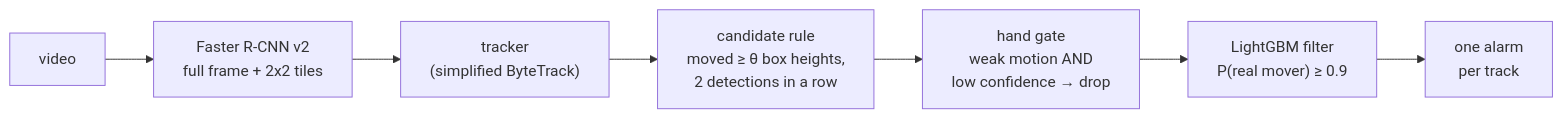
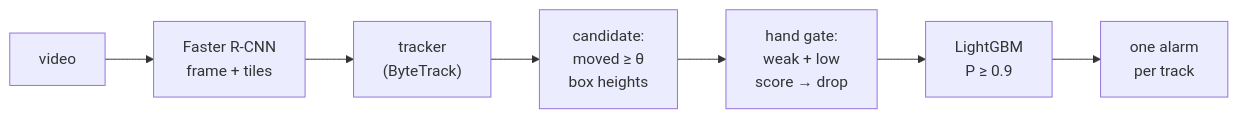
One commit to 0fmate/malto-who-moves changed the diagram in README.md. Above: the diagram before and after it, drawn with Mermaid.

Commit message:
Shorten the diagram labels so none is truncated on GitHub

````diff
--- a/README.md
+++ b/README.md
@@ -30,9 +30,9 @@
 ```mermaid
 flowchart LR
-    V[video] --> D["Faster R-CNN v2<br/>full frame + 2x2 tiles"]
-    D --> T["tracker<br/>(simplified ByteTrack)"]
-    T --> C["candidate rule<br/>moved ≥ θ box heights,<br/>2 detections in a row"]
-    C --> G["hand gate<br/>weak motion AND<br/>low confidence → drop"]
-    G --> M["LightGBM filter<br/>P(real mover) ≥ 0.9"]
+    V[video] --> D["Faster R-CNN<br/>frame + tiles"]
+    D --> T["tracker<br/>(ByteTrack)"]
+    T --> C["candidate:<br/>moved ≥ θ<br/>box heights"]
+    C --> G["hand gate:<br/>weak + low<br/>score → drop"]
+    G --> M["LightGBM<br/>P ≥ 0.9"]
     M --> A["one alarm<br/>per track"]
 ```
````
